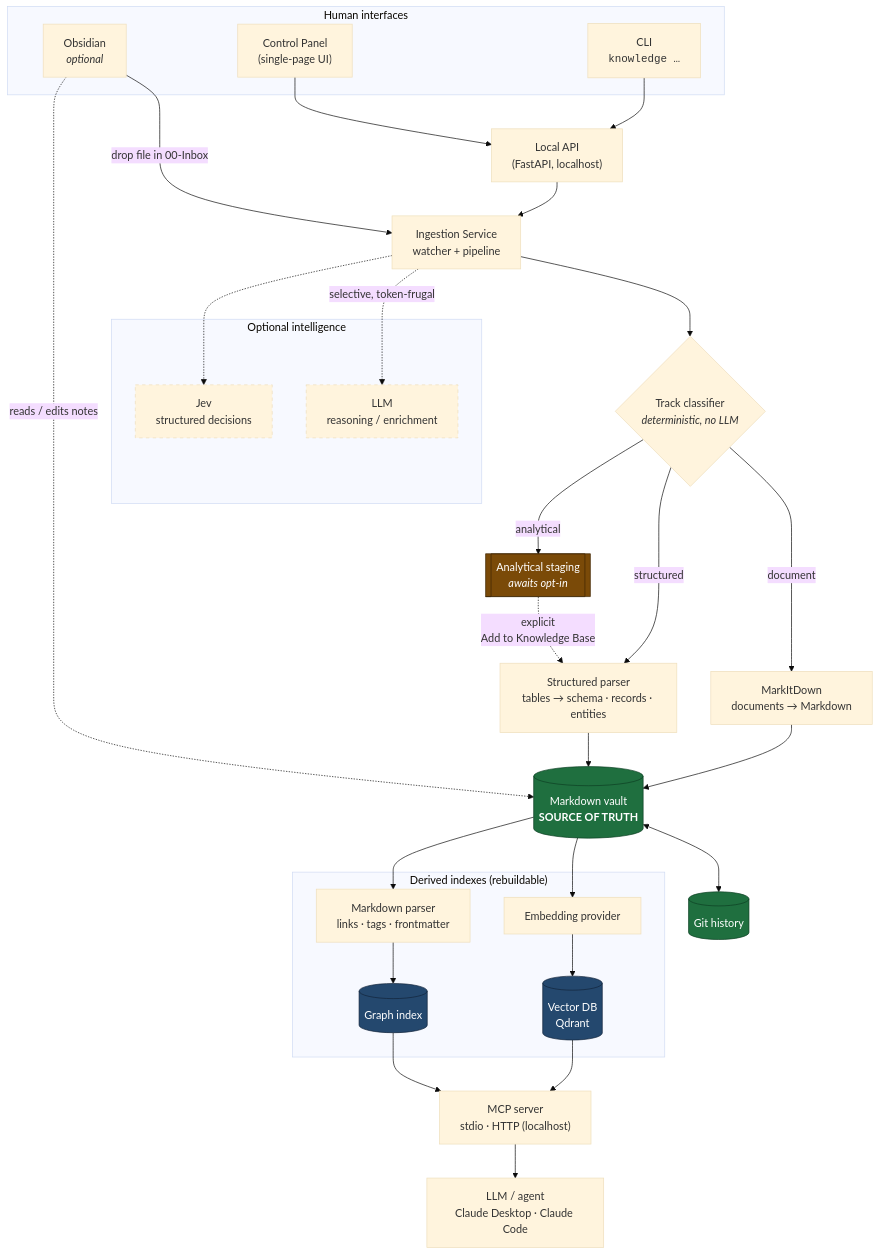
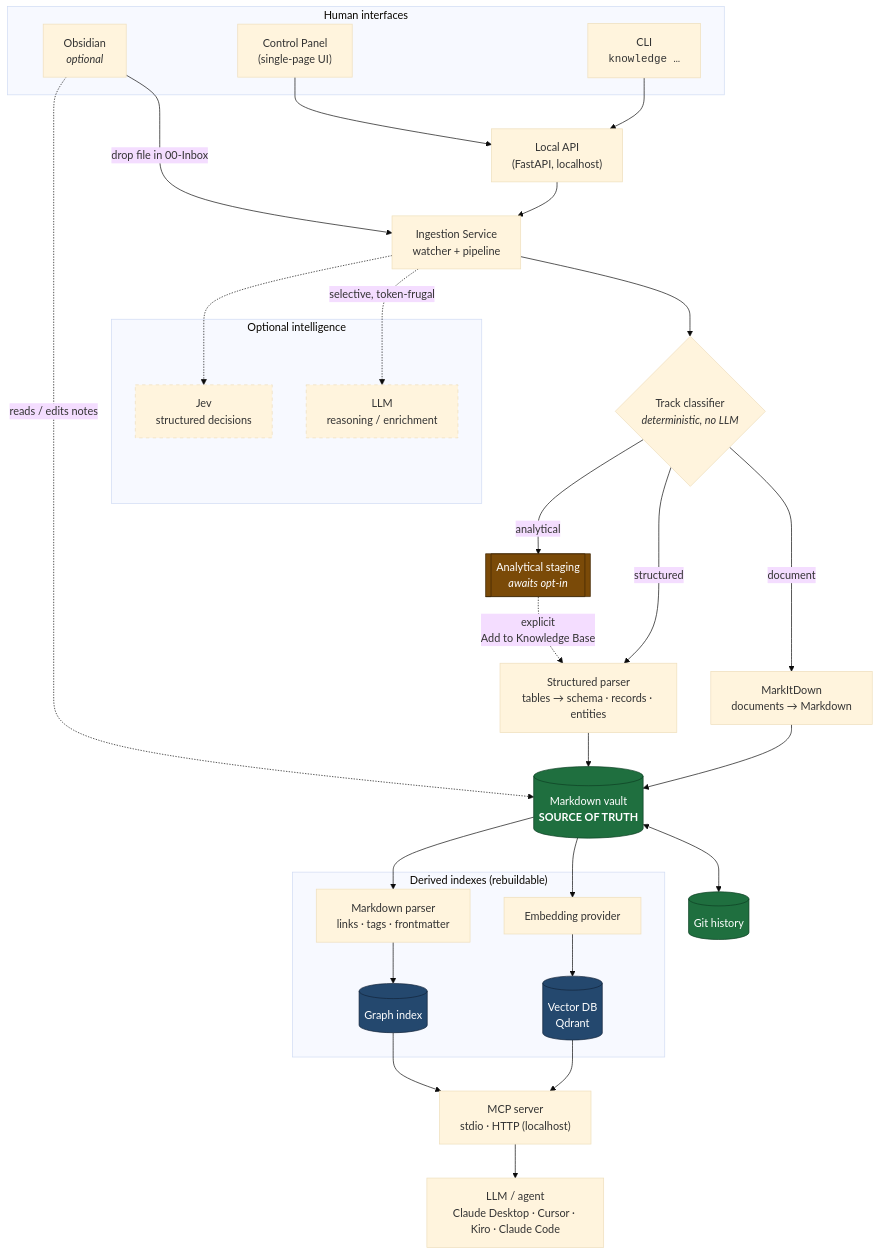
The first of 4 diagrams in README.md (itsamitkr/obsidian), drawn with Mermaid (base theme) before and after one commit. The commit also changed other lines of this file and 12 other files, not shown here.

First line of the commit message:
Add 'knowledge connect' for Claude Desktop, Cursor and Kiro

````diff
--- a/README.md
+++ b/README.md
@@ -28,61 +28,61 @@
 ```mermaid
 flowchart TD
     subgraph UX["Human interfaces"]
         OB["Obsidian<br/><i>optional</i>"]
         CP["Control Panel<br/>(single-page UI)"]
         CLI["CLI<br/><code>knowledge …</code>"]
     end
 
     API["Local API<br/>(FastAPI, localhost)"]
     ING["Ingestion Service<br/>watcher + pipeline"]
     CLS{"Track classifier<br/><i>deterministic, no LLM</i>"}
     CONV["MarkItDown<br/>documents → Markdown"]
     SP["Structured parser<br/>tables → schema · records · entities"]
     STAGE[["Analytical staging<br/><i>awaits opt-in</i>"]]
     MD[("Markdown vault<br/><b>SOURCE OF TRUTH</b>")]
     GIT[("Git history")]
 
     OB -->|"drop file in 00-Inbox"| ING
     CP --> API
     CLI --> API
     API --> ING
     ING --> CLS
     CLS -->|document| CONV --> MD
     CLS -->|structured| SP --> MD
     CLS -->|analytical| STAGE
     STAGE -.->|"explicit<br/>Add to Knowledge Base"| SP
     MD <--> GIT
     OB -.->|"reads / edits notes"| MD
 
     subgraph DERIVED["Derived indexes (rebuildable)"]
         EMB["Embedding provider"]
         VDB[("Vector DB<br/>Qdrant")]
         PAR["Markdown parser<br/>links · tags · frontmatter"]
         GDB[("Graph index")]
     end
 
     MD --> EMB --> VDB
     MD --> PAR --> GDB
 
     MCP["MCP server<br/>stdio · HTTP (localhost)"]
     VDB --> MCP
     GDB --> MCP
 
     subgraph OPT["Optional intelligence"]
         LLM["LLM<br/>reasoning / enrichment"]
         JEV["Jev<br/>structured decisions"]
     end
 
     ING -.->|"selective, token-frugal"| LLM
     ING -.-> JEV
-    MCP --> AGENT["LLM / agent<br/>Claude Desktop · Claude Code"]
+    MCP --> AGENT["LLM / agent<br/>Claude Desktop · Cursor · Kiro · Claude Code"]
 
     classDef truth fill:#1f6f3f,stroke:#0d3f22,color:#fff
     classDef derived fill:#24486e,stroke:#12243a,color:#fff
     classDef staged fill:#7a4a08,stroke:#3f2604,color:#fff
     classDef optional stroke-dasharray: 5 5
     class MD,GIT truth
     class VDB,GDB derived
     class STAGE staged
     class LLM,JEV optional
 ```
````
